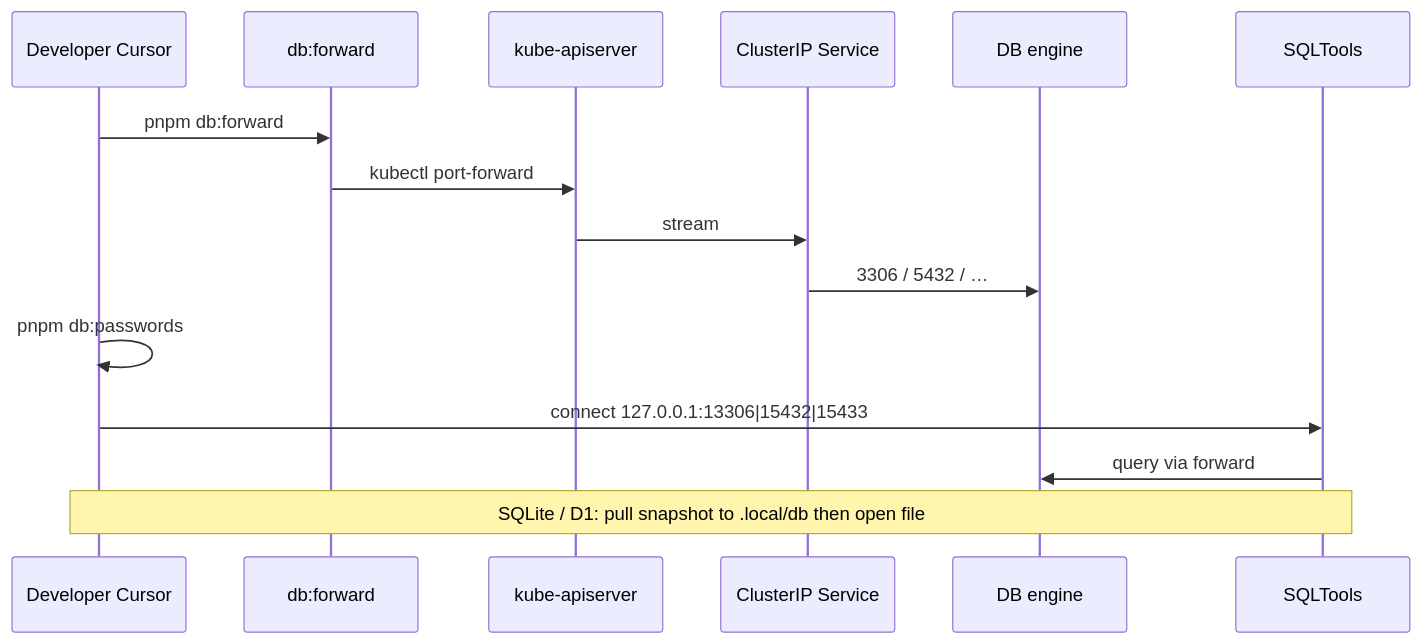
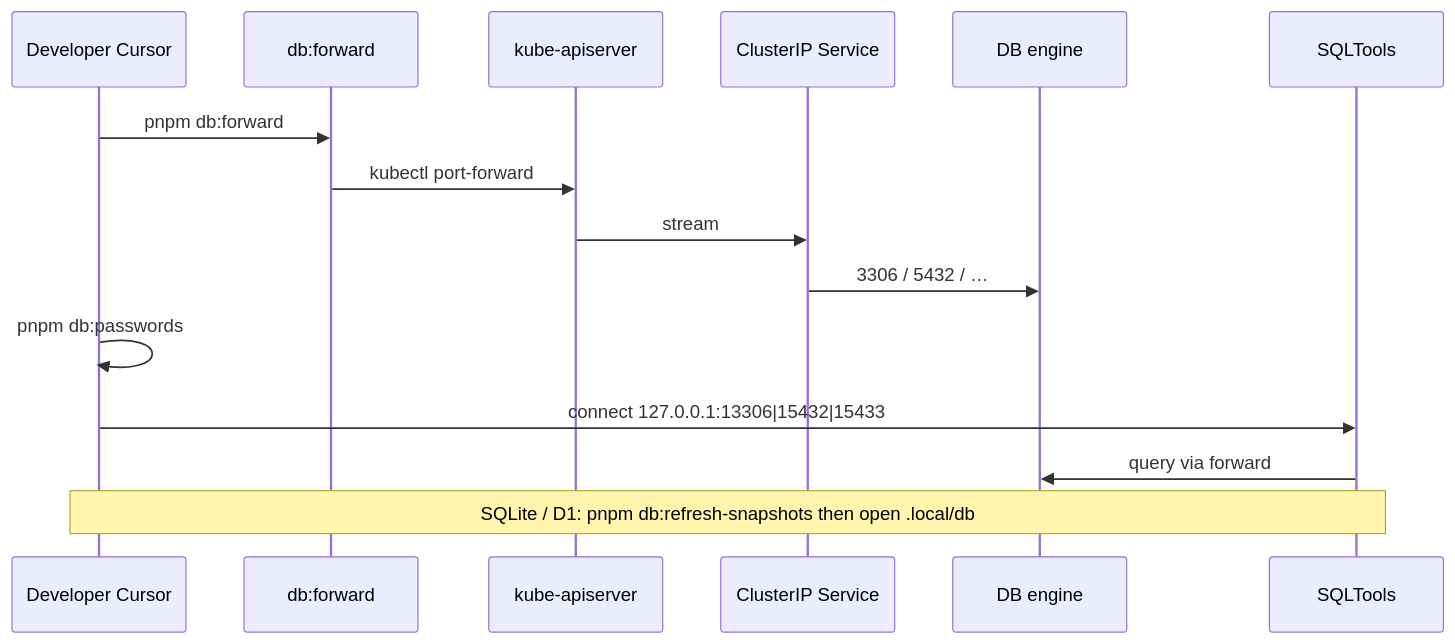
Diagram 11 of 13 in docs/databases/landscape.md (Themis128/cloudless.gr), drawn with Mermaid before and after one commit. The commit also changed other lines of this file and 15 other files, not shown here.

````diff
--- a/docs/databases/landscape.md
+++ b/docs/databases/landscape.md
@@ -270,19 +278,19 @@
 ```mermaid
 sequenceDiagram
   participant Dev as Developer Cursor
   participant PF as db:forward
   participant API as kube-apiserver
   participant Svc as ClusterIP Service
   participant Eng as DB engine
   participant ST as SQLTools
 
   Dev->>PF: pnpm db:forward
   PF->>API: kubectl port-forward
   API->>Svc: stream
   Svc->>Eng: 3306 / 5432 / …
   Dev->>Dev: pnpm db:passwords
   Dev->>ST: connect 127.0.0.1:13306|15432|15433
   ST->>Eng: query via forward
 
-  Note over Dev,ST: SQLite / D1: pull snapshot to .local/db then open file
+  Note over Dev,ST: SQLite / D1: pnpm db:refresh-snapshots then open .local/db
 ```
````
